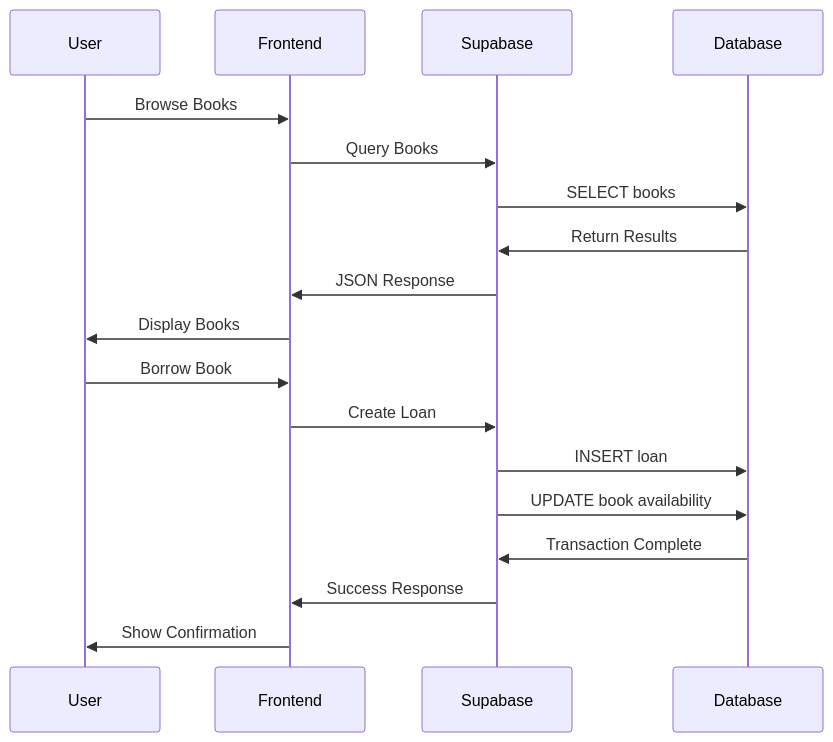
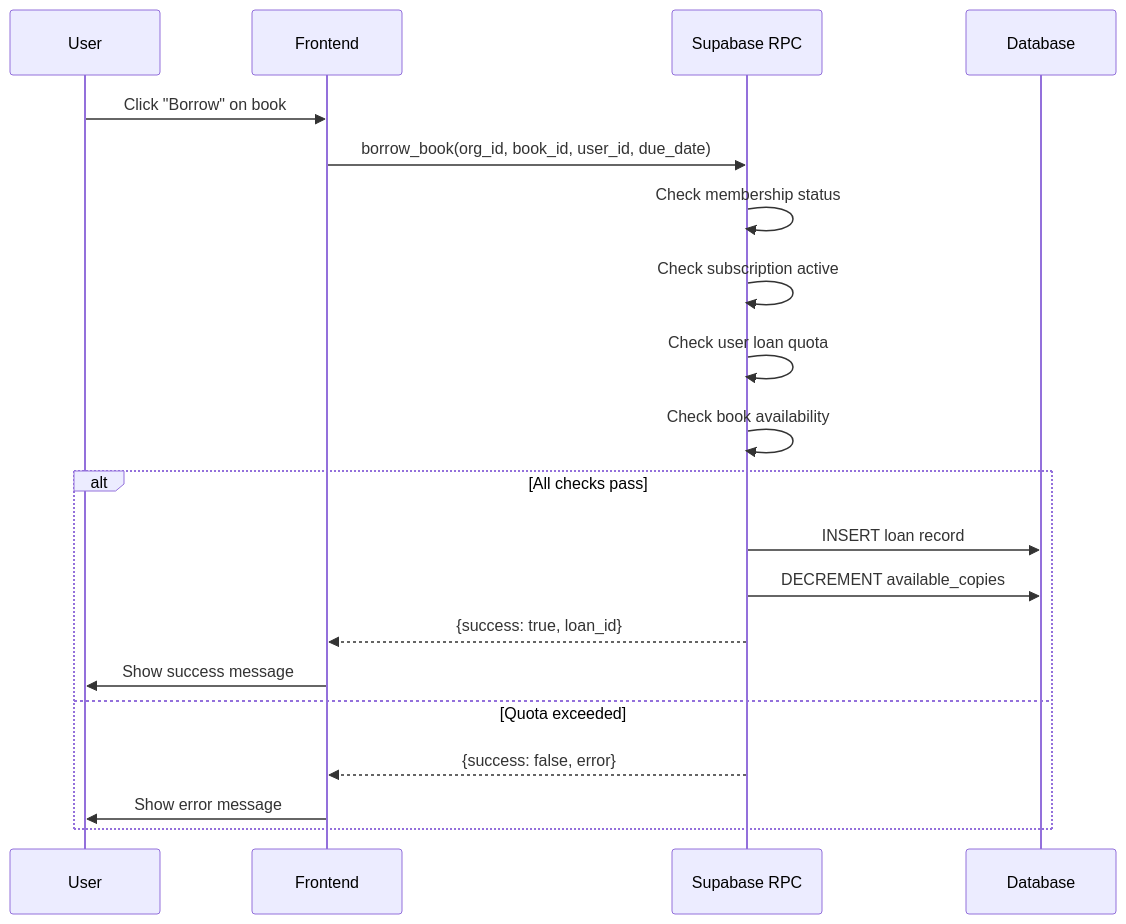
The fifth of 6 diagrams in README.md (ChanMeng666/library-management-system), drawn with Mermaid before and after one commit. The commit also changed other lines of this file, not shown here.

First line of the commit message:
docs: update README.md for multi-tenant SaaS architecture

````diff
--- a/README.md
+++ b/README.md
@@ -373,22 +440,23 @@
 ```mermaid
 sequenceDiagram
     participant U as User
     participant F as Frontend
-    participant S as Supabase
-    participant D as Database
-    
-    U->>F: Browse Books
-    F->>S: Query Books
-    S->>D: SELECT books
-    D->>S: Return Results
-    S->>F: JSON Response
-    F->>U: Display Books
-    
-    U->>F: Borrow Book
-    F->>S: Create Loan
-    S->>D: INSERT loan
-    S->>D: UPDATE book availability
-    D->>S: Transaction Complete
-    S->>F: Success Response
-    F->>U: Show Confirmation
+    participant RPC as Supabase RPC
+    participant DB as Database
+
+    U->>F: Click "Borrow" on book
+    F->>RPC: borrow_book(org_id, book_id, user_id, due_date)
+    RPC->>RPC: Check membership status
+    RPC->>RPC: Check subscription active
+    RPC->>RPC: Check user loan quota
+    RPC->>RPC: Check book availability
+    alt All checks pass
+        RPC->>DB: INSERT loan record
+        RPC->>DB: DECREMENT available_copies
+        RPC-->>F: {success: true, loan_id}
+        F->>U: Show success message
+    else Quota exceeded
+        RPC-->>F: {success: false, error}
+        F->>U: Show error message
+    end
 ```
````
